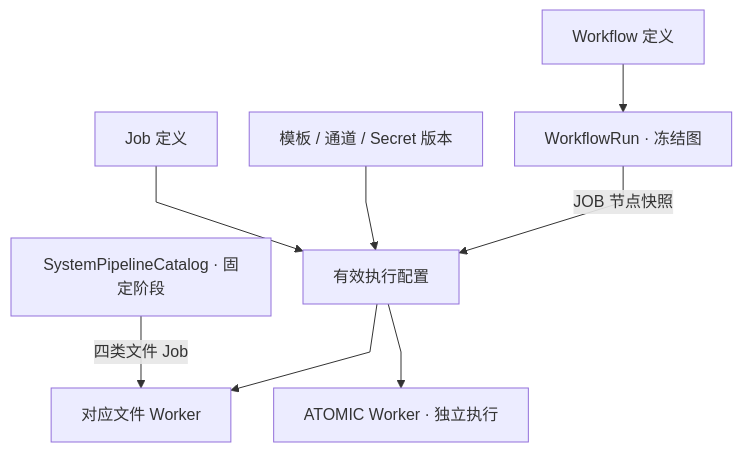
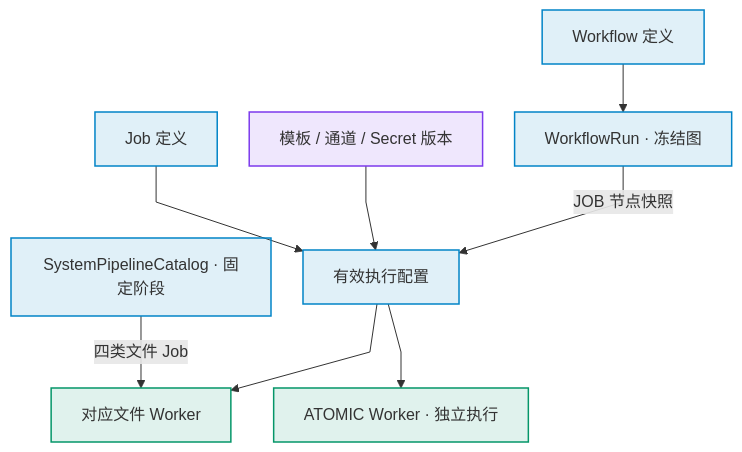
Before and after one commit to pinpols/file-batch-system: diagram 14 of 23 in docs/architecture/system-flow-overview.md, drawn with Mermaid. The commit also changed other lines of this file and 34 other files, not shown here.

First line of the commit message:
docs(diagram): 完成 P3 Mermaid 图样式收口并补充制图规范 (#1390)

````diff
--- a/docs/architecture/system-flow-overview.md
+++ b/docs/architecture/system-flow-overview.md
@@ -470,11 +508,15 @@
 ```mermaid
 %%{init: {"flowchart":{"curve":"linear","nodeSpacing":32,"rankSpacing":48},"sequence":{"mirrorActors":false}}}%%
 flowchart TB
-  WD["Workflow 定义"] --> WR["WorkflowRun · 冻结图"]
-  JD["Job 定义"] --> CFG["有效执行配置"]
-  TC["模板 / 通道 / Secret 版本"] --> CFG
+  WD["Workflow 定义"]:::control --> WR["WorkflowRun · 冻结图"]:::control
+  JD["Job 定义"]:::control --> CFG["有效执行配置"]:::control
+  TC["模板 / 通道 / Secret 版本"]:::store --> CFG
   WR -->|"JOB 节点快照"| CFG
-  CAT["SystemPipelineCatalog · 固定阶段"] -->|"四类文件 Job"| W["对应文件 Worker"]
+  CAT["SystemPipelineCatalog · 固定阶段"]:::control -->|"四类文件 Job"| W["对应文件 Worker"]:::worker
   CFG --> W
-  CFG --> A["ATOMIC Worker · 独立执行"]
+  CFG --> A["ATOMIC Worker · 独立执行"]:::worker
+
+  classDef control fill:#0284c71f,stroke:#0284c7,stroke-width:1.5px
+  classDef worker fill:#0596691f,stroke:#059669,stroke-width:1.5px
+  classDef store fill:#7c3aed1f,stroke:#7c3aed,stroke-width:1.5px
 ```
````
